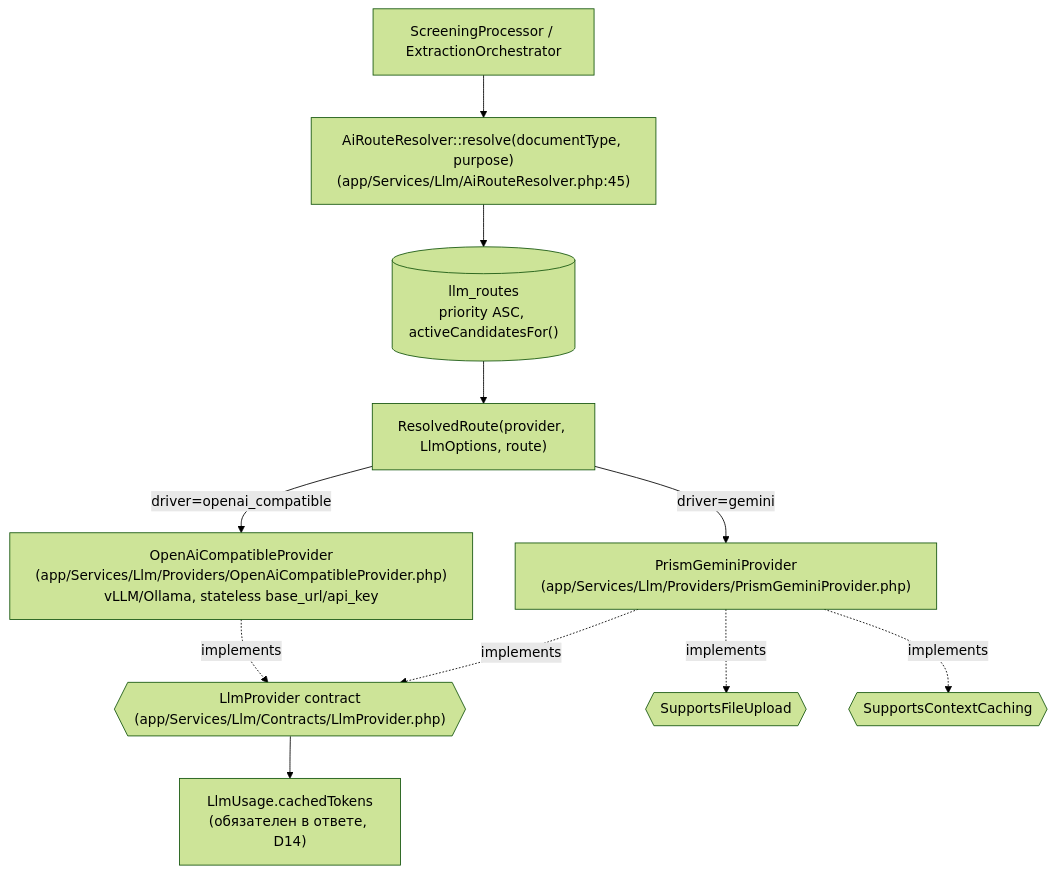
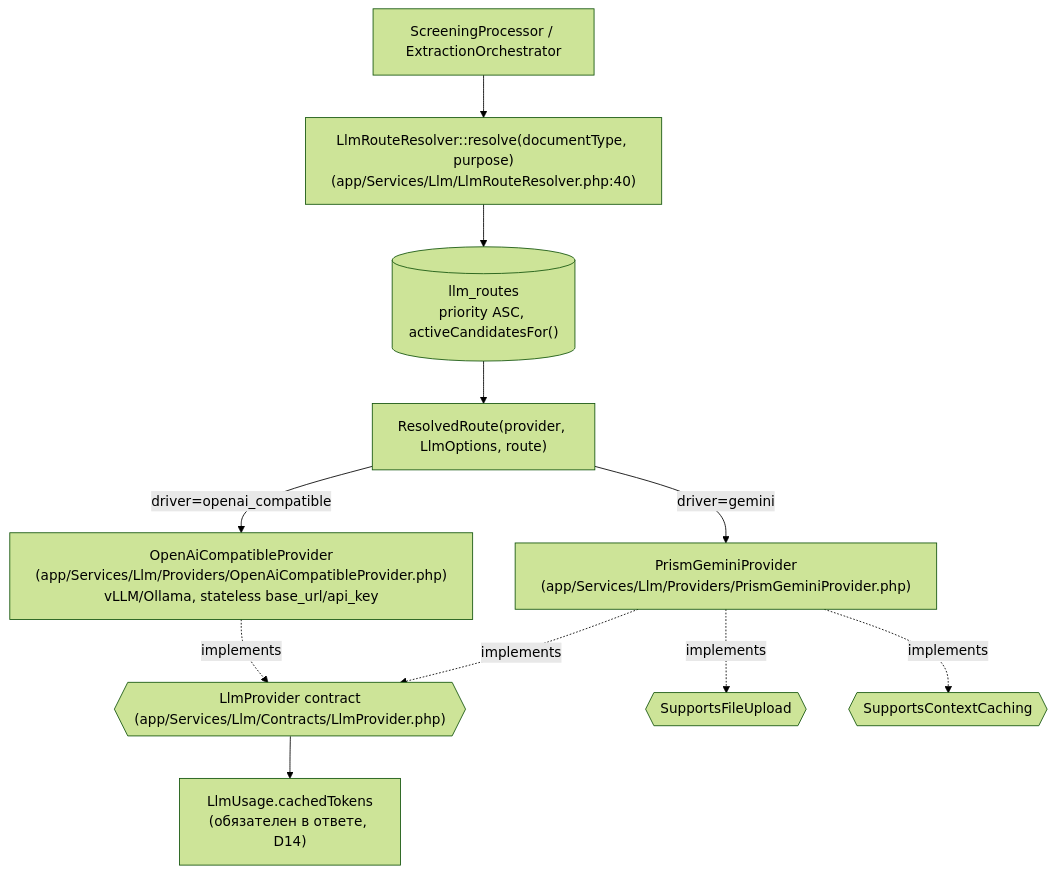
Before and after one commit to axiomasoft/agelto: the diagram in docs/03_Dev/llm-providers.md, drawn with Mermaid (forest theme). The commit also changed other lines of this file and 19 other files, not shown here.

````diff
--- a/docs/03_Dev/llm-providers.md
+++ b/docs/03_Dev/llm-providers.md
@@ -16,24 +16,24 @@
 ```mermaid
 flowchart TB
     Caller["ScreeningProcessor / ExtractionOrchestrator"]
-    Resolver["AiRouteResolver::resolve(documentType, purpose)<br/>(app/Services/Llm/AiRouteResolver.php:45)"]
+    Resolver["LlmRouteResolver::resolve(documentType, purpose)<br/>(app/Services/Llm/LlmRouteResolver.php:40)"]
     Routes[("llm_routes<br/>priority ASC, activeCandidatesFor()")]
     Resolved["ResolvedRoute(provider, LlmOptions, route)"]
     Gemini["PrismGeminiProvider<br/>(app/Services/Llm/Providers/PrismGeminiProvider.php)"]
     OpenAiCompat["OpenAiCompatibleProvider<br/>(app/Services/Llm/Providers/OpenAiCompatibleProvider.php)<br/>vLLM/Ollama, stateless base_url/api_key"]
     Contract{{"LlmProvider contract<br/>(app/Services/Llm/Contracts/LlmProvider.php)"}}
     FileUpload{{"SupportsFileUpload"}}
     Cache{{"SupportsContextCaching"}}
     Usage["LlmUsage.cachedTokens<br/>(обязателен в ответе, D14)"]
 
     Caller --> Resolver
     Resolver --> Routes
     Routes --> Resolved
     Resolved -->|driver=gemini| Gemini
     Resolved -->|driver=openai_compatible| OpenAiCompat
     Gemini -.implements.-> Contract
     OpenAiCompat -.implements.-> Contract
     Gemini -.implements.-> FileUpload
     Gemini -.implements.-> Cache
     Contract --> Usage
 ```
````
